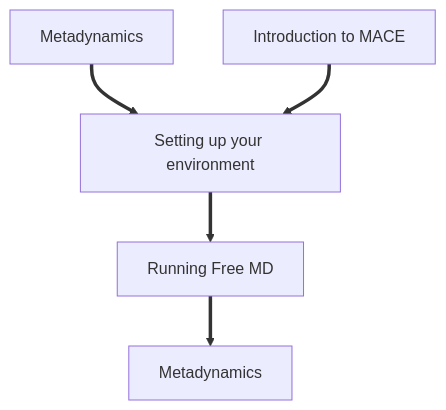
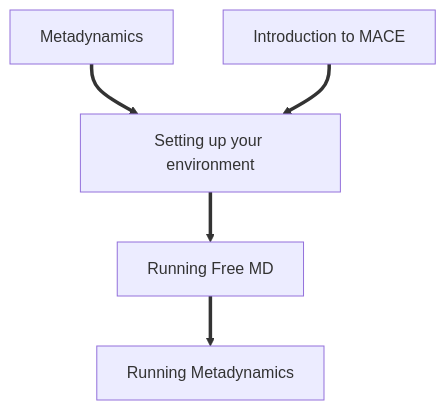
The diagram in NAVIGATION.md (water-ice-group/plumed_tutorial_mace), drawn with Mermaid before and after one commit.

````diff
--- a/NAVIGATION.md
+++ b/NAVIGATION.md
@@ -25,12 +25,12 @@
 ```mermaid
 flowchart TD
   PRE[Metadynamics] ==> B[Setting up your environment]
   A[Introduction to MACE] ==> B[Setting up your environment];
   B ==> C[Running Free MD]
-  C ==> D[Metadynamics];
+  C ==> D[Running Metadynamics];
   click PRE "metad" "Masterclass on Metadynamics"
   click A "01_mace_intro.md" "Learn about the MACE potential for performing accurate and efficient molecular dynamics simulations"
   click B "02_setting_up_env.md" "Understand how to set up the MACE-ASE-PLUMED interface."
   click C "03_freeMD.md" "Run simple MD using MACE and ASE."
   click D "04_metaD.md" "Perform metadynamics using MACE to examine conformational stability."
 ```
````
